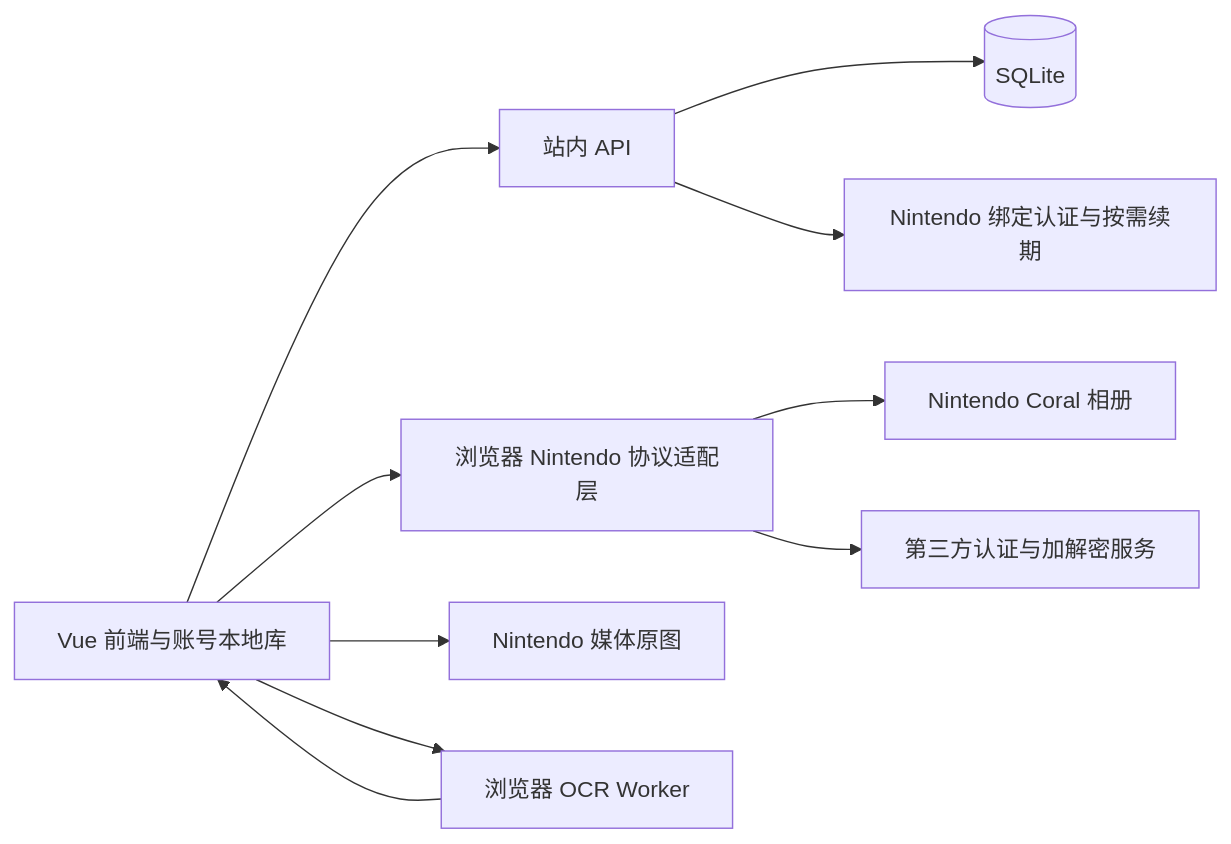
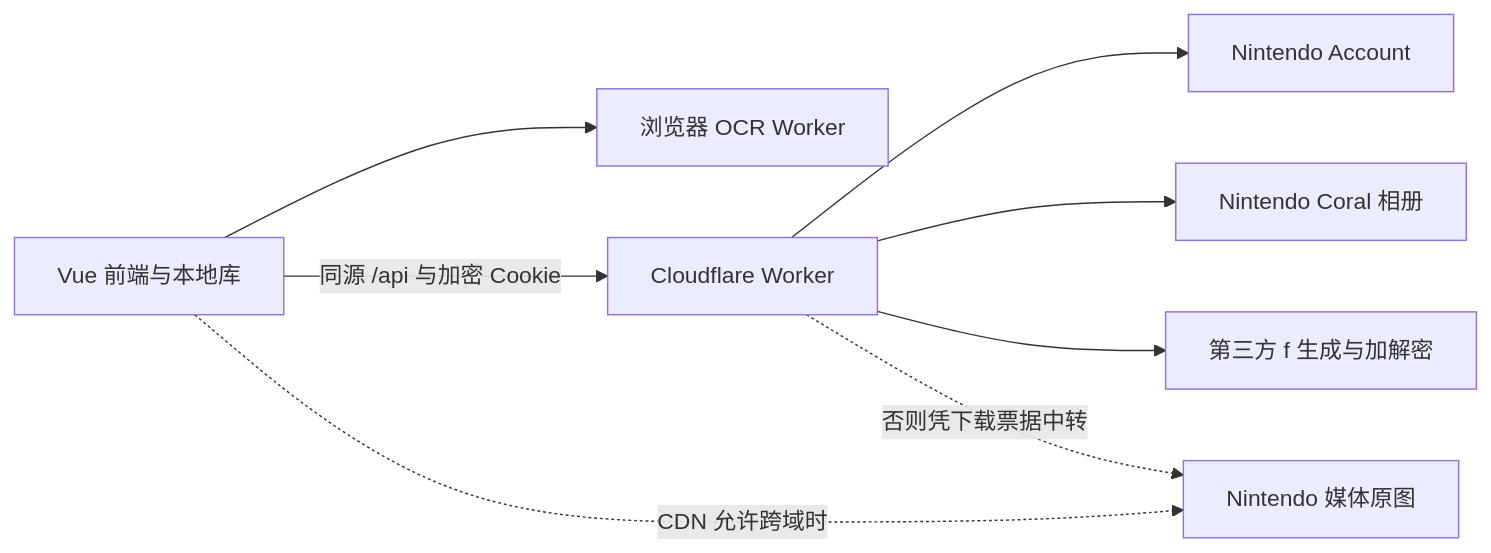
Before and after one commit to HimemiyaTori/gcfp-b30: the diagram in docs/FP_B30_三期设计文档.md, drawn with Mermaid. The commit also changed other lines of this file and 1 other file, not shown here.

Commit message:
docs: 三期改为 Worker 中转并保留纯前端模式

````diff
--- a/docs/FP_B30_三期设计文档.md
+++ b/docs/FP_B30_三期设计文档.md
@@ -135,12 +173,10 @@
 ```mermaid
 flowchart LR
-    UI[Vue 前端与账号本地库] --> API[站内 API]
-    API --> DB[(SQLite)]
-    API --> Login[Nintendo 绑定认证与按需续期]
-    UI --> Adapter[浏览器 Nintendo 协议适配层]
-    Adapter --> NS[Nintendo Coral 相册]
-    Adapter --> Auth[第三方认证与加解密服务]
-    UI --> CDN[Nintendo 媒体原图]
-    UI --> OCR[浏览器 OCR Worker]
-    OCR --> UI
+    UI[Vue 前端与本地库] --> OCR[浏览器 OCR Worker]
+    UI -->|同源 /api 与加密 Cookie| W[Cloudflare Worker]
+    W --> NA[Nintendo Account]
+    W --> Coral[Nintendo Coral 相册]
+    W --> F[第三方 f 生成与加解密]
+    UI -.->|CDN 允许跨域时| CDN[Nintendo 媒体原图]
+    W -.->|否则凭下载票据中转| CDN
 ```
````
